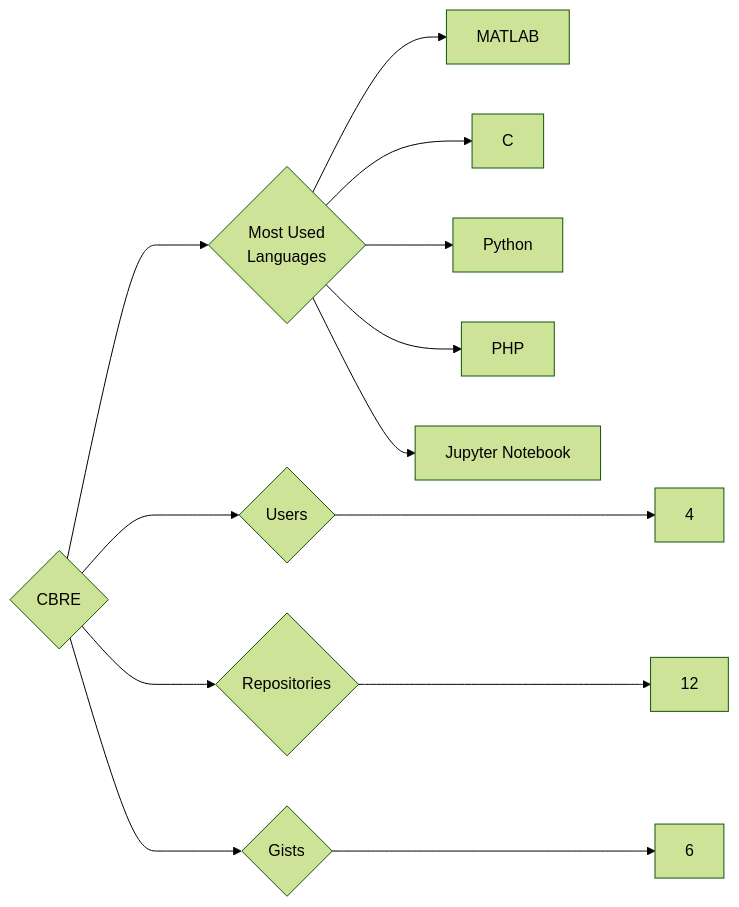
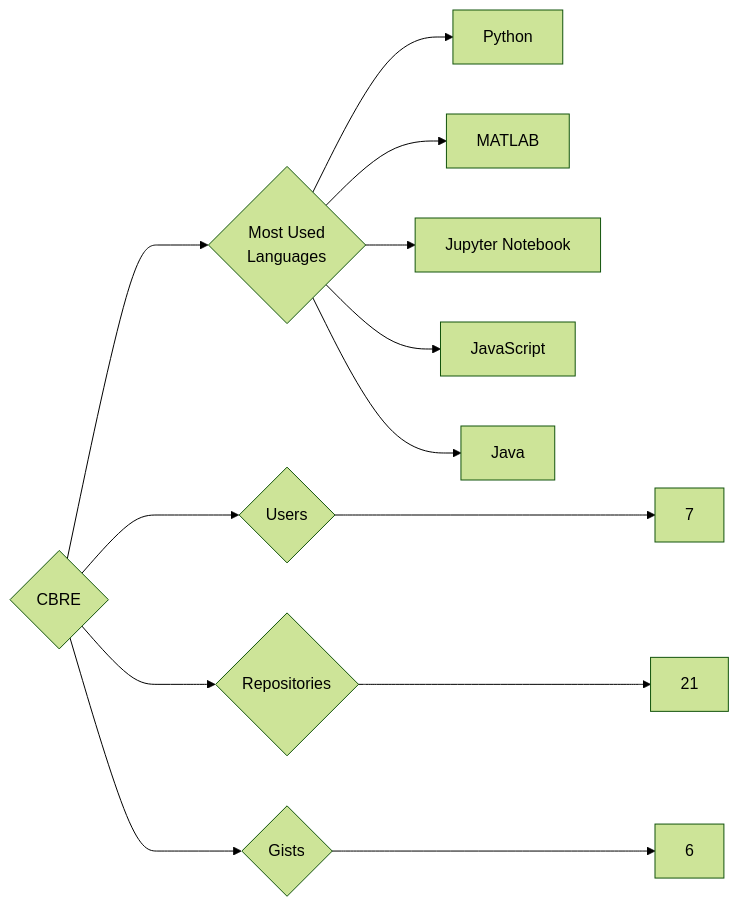
Before and after one commit to trickest/insiders: the diagram in targets/CBRE/README.md, drawn with Mermaid (forest theme). The commit also changed 611 other files, not shown here.

````diff
--- a/targets/CBRE/README.md
+++ b/targets/CBRE/README.md
@@ -3,13 +3,13 @@
 ```mermaid
 graph LR
 COMPANY_NAME{CBRE}
-COMPANY_NAME ---> U{Users} ---> UN[4]
-COMPANY_NAME ---> R{Repositories} ---> RN[12]
+COMPANY_NAME ---> U{Users} ---> UN[7]
+COMPANY_NAME ---> R{Repositories} ---> RN[21]
 COMPANY_NAME ---> G{Gists} ---> GN[6]
 COMPANY_NAME ---> ML{Most Used<br>Languages}
+ML --> Python[Python]
 ML --> MATLAB[MATLAB]
-ML --> C[C]
-ML --> Python[Python]
-ML --> PHP[PHP]
 ML --> Jupyter_Notebook[Jupyter Notebook]
+ML --> JavaScript[JavaScript]
+ML --> Java[Java]
 ```
````
